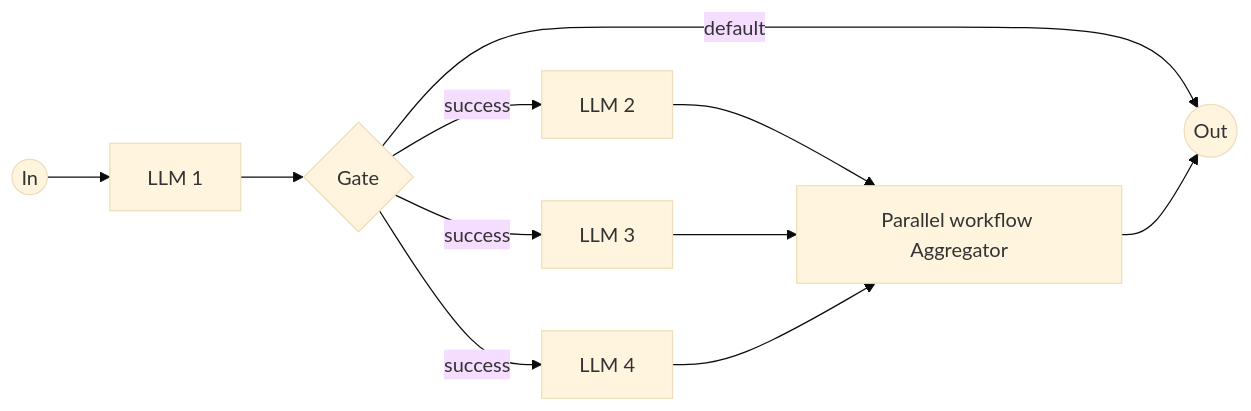
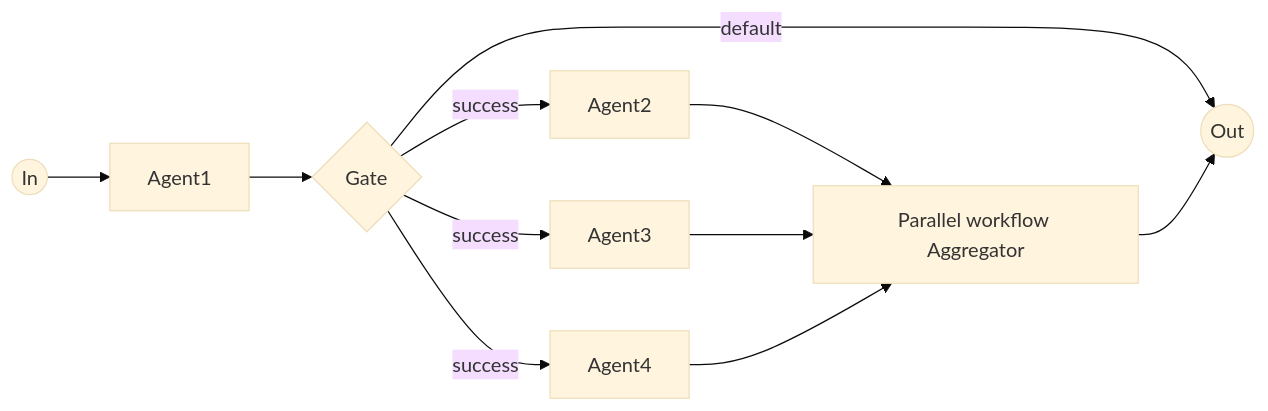
One commit to rootstrap/mars changed the diagram in examples/complex_llm_workflow/diagram.md. Above: the diagram before and after it, drawn with Mermaid (base theme). The commit also changed 14 other files, not shown here.

````diff
--- a/examples/complex_llm_workflow/diagram.md
+++ b/examples/complex_llm_workflow/diagram.md
@@ -1,21 +1,21 @@
 ```mermaid
 flowchart LR
 in((In))
 out((Out))
-llm_1[LLM 1]
+agent1[Agent1]
 gate{Gate}
 parallel_workflow_aggregator[Parallel workflow Aggregator]
-llm_2[LLM 2]
-llm_3[LLM 3]
-llm_4[LLM 4]
-in --> llm_1
-llm_1 --> gate
-gate -->|success| llm_2
-gate -->|success| llm_3
-gate -->|success| llm_4
+agent2[Agent2]
+agent3[Agent3]
+agent4[Agent4]
+in --> agent1
+agent1 --> gate
+gate -->|success| agent2
+gate -->|success| agent3
+gate -->|success| agent4
 gate -->|default| out
-llm_2 --> parallel_workflow_aggregator
+agent2 --> parallel_workflow_aggregator
 parallel_workflow_aggregator --> out
-llm_3 --> parallel_workflow_aggregator
-llm_4 --> parallel_workflow_aggregator
+agent3 --> parallel_workflow_aggregator
+agent4 --> parallel_workflow_aggregator
 ```
````
